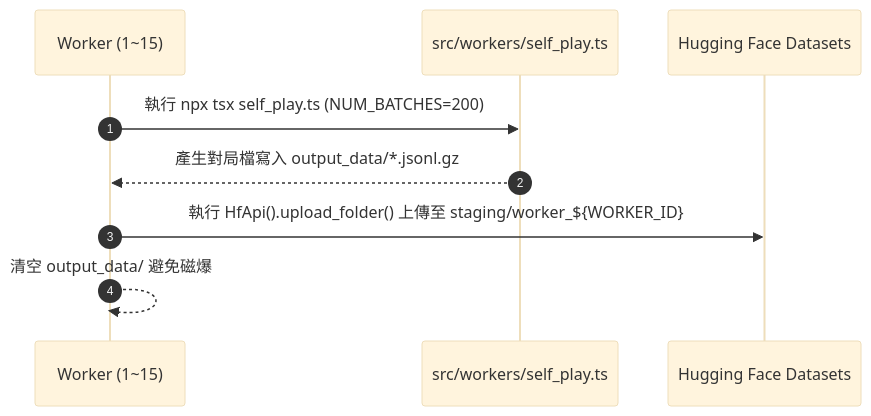
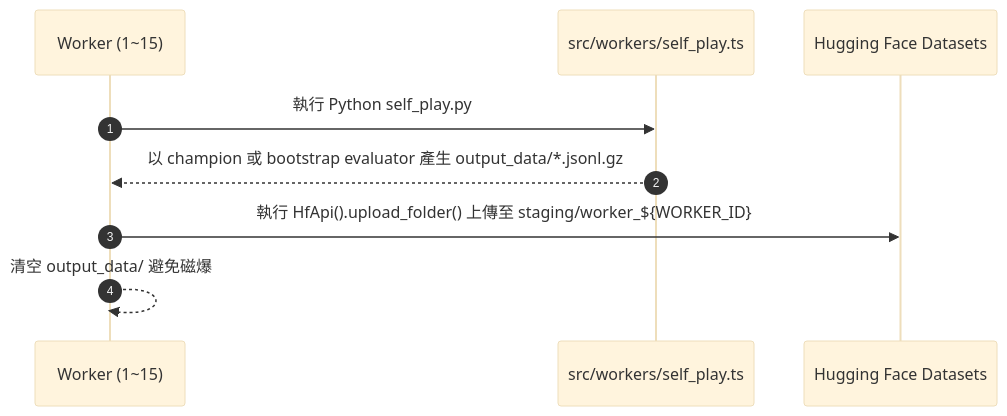
The first of 2 diagrams in docs/requirements/07_GitHub_Actions_執行流程與腳本對照.md (hub-google/DarkChess-NNUE), drawn with Mermaid (base theme) before and after one commit. The commit also changed other lines of this file and 21 other files, not shown here.

````diff
--- a/docs/requirements/07_GitHub_Actions_執行流程與腳本對照.md
+++ b/docs/requirements/07_GitHub_Actions_執行流程與腳本對照.md
@@ -26,12 +26,12 @@
 ```mermaid
 sequenceDiagram
     autonumber
     participant W as Worker (1~15)
     participant TS as src/workers/self_play.ts
     participant HF as Hugging Face Datasets
     
-    W->>TS: 執行 npx tsx self_play.ts (NUM_BATCHES=200)
-    TS-->>W: 產生對局檔寫入 output_data/*.jsonl.gz
+    W->>TS: 執行 Python self_play.py
+    TS-->>W: 以 champion 或 bootstrap evaluator 產生 output_data/*.jsonl.gz
     W->>HF: 執行 HfApi().upload_folder() 上傳至 staging/worker_${WORKER_ID}
     W-->>W: 清空 output_data/ 避免磁爆
 ```
````
